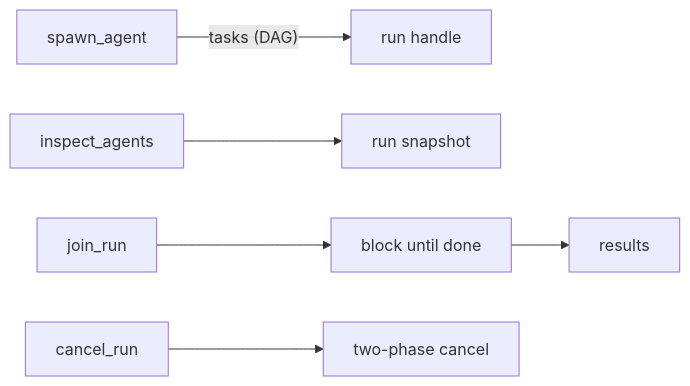
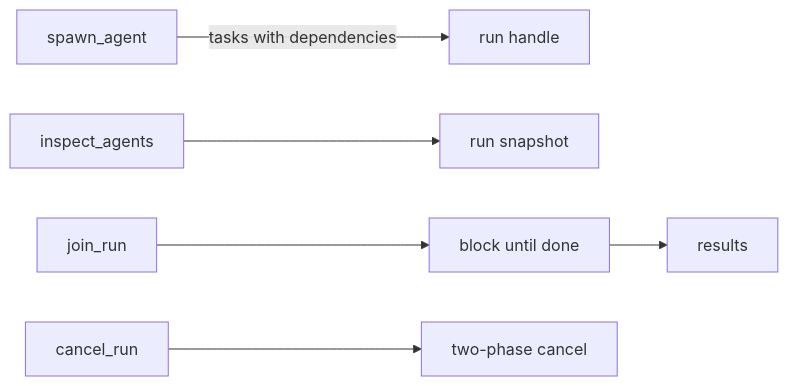
One commit to MiviaLabs/mivia-agent changed the diagram in docs/product/agent.md. Above: the diagram before and after it, drawn with Mermaid. The commit also changed other lines of this file and 9 other files, not shown here.

````diff
--- a/docs/product/agent.md
+++ b/docs/product/agent.md
@@ -145,8 +145,8 @@
 ```mermaid
 flowchart LR
-    spawn_agent -->|"tasks (DAG)"| run_handle["run handle"]
+    spawn_agent -->|"tasks with dependencies"| run_handle["run handle"]
     inspect_agents --> run_snapshot["run snapshot"]
     join_run --> block_until["block until done"]
     block_until --> results["results"]
     cancel_run --> two_phase["two-phase cancel"]
 ```
````
